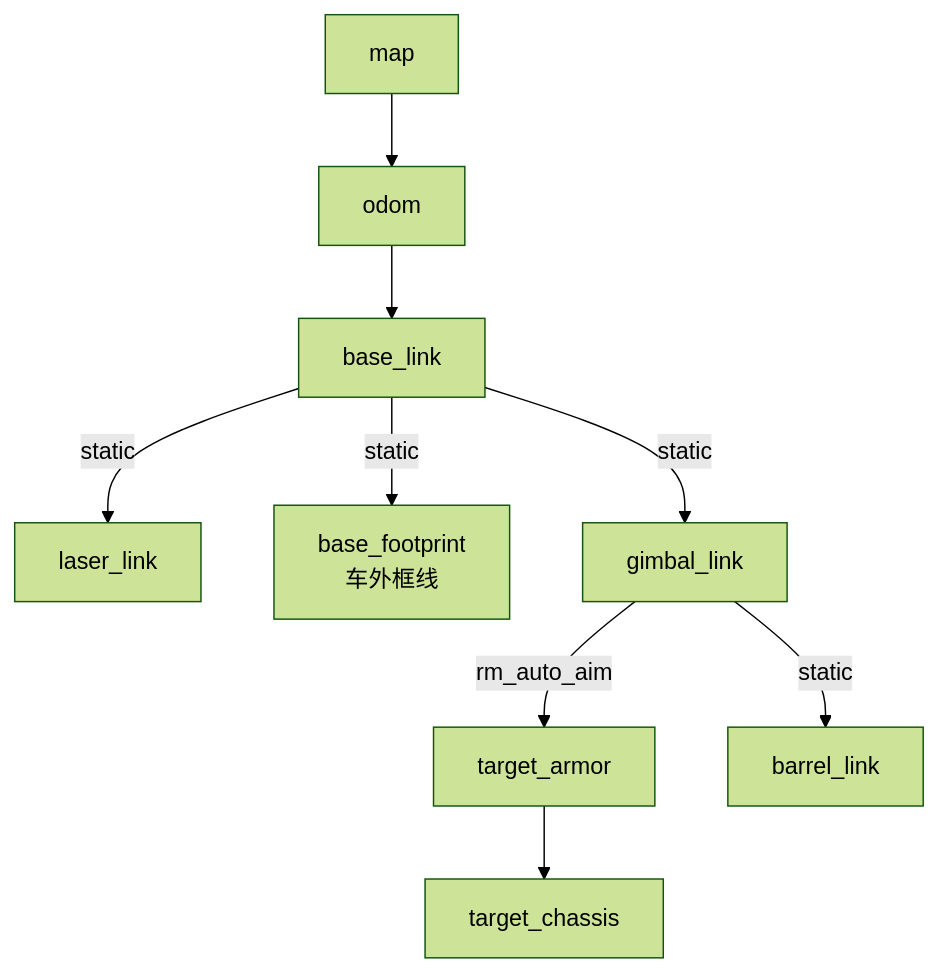
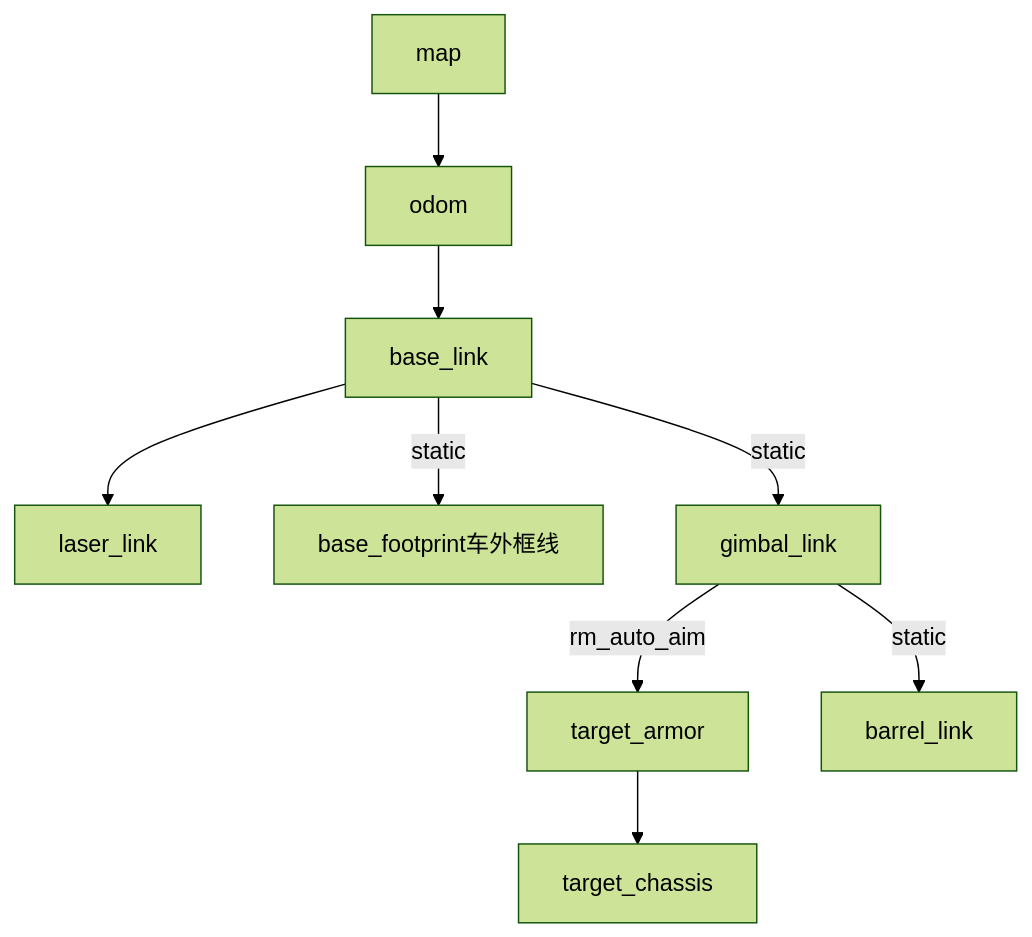
Before and after one commit to Venom-Algorithm/Venom_VNV: the diagram in docs/tf_tree.md, drawn with Mermaid (forest theme). The commit also changed 1 other file, not shown here.

Commit message:
Keep base_link->laser_link TF direction for scout-only odometry
When using scout_base (not Point-LIO) for odometry, the TF chain is:
odom->base_link->laser_link. Ensure robot description publishes the correct
direction. Update tf_tree.md to reflect current actual tree.

````diff
--- a/docs/tf_tree.md
+++ b/docs/tf_tree.md
@@ -7,11 +7,11 @@
 ```mermaid
 flowchart TD
     map --> odom
     odom --> base_link
-    base_link -->|static| laser_link
-    base_link -->|static| base_footprint["base_footprint\n车外框线"]
+    base_link --> laser_link
+    base_link -->|static| base_footprint["base_footprint车外框线"]
     base_link -->|static| gimbal_link
     gimbal_link -->|rm_auto_aim| target_armor
     gimbal_link -->|static| barrel_link
     target_armor --> target_chassis
 ```
````
